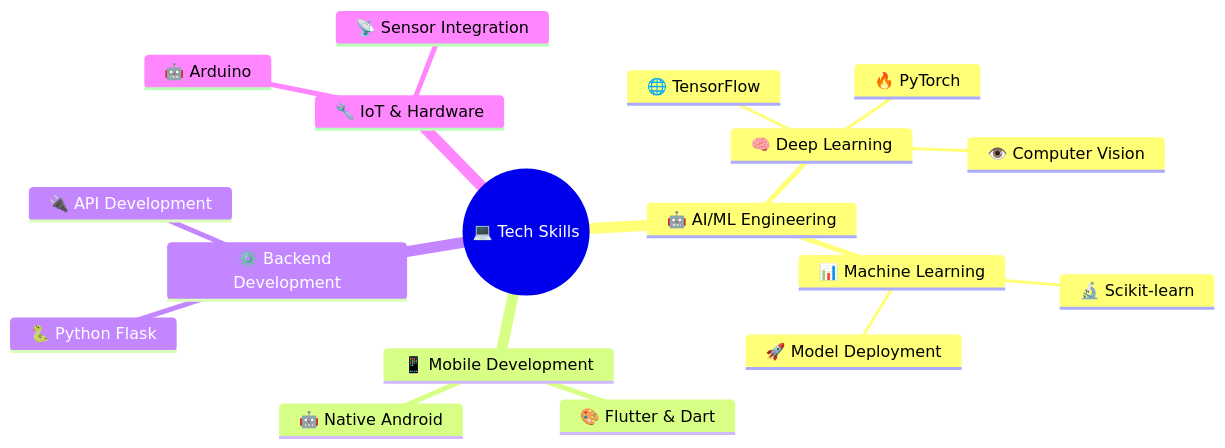
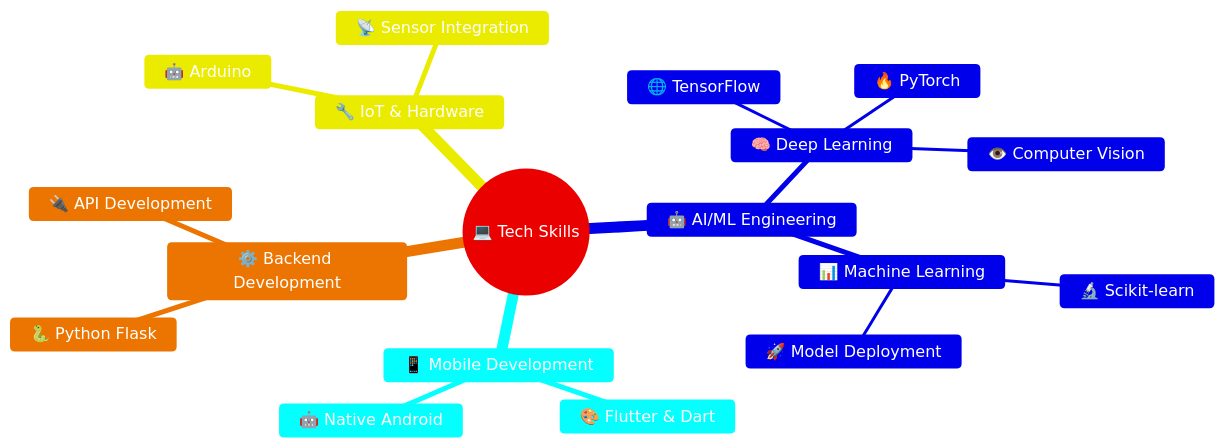
One commit to prabhjot0109/prabhjot0109 changed the diagram in README.md. Above: the diagram before and after it, drawn with Mermaid. The commit also changed other lines of this file and 1 other file, not shown here.

````diff
--- a/README.md
+++ b/README.md
@@ -52,21 +52,22 @@
 ```mermaid
+%%{init: {'theme':'base', 'themeVariables': {'primaryColor':'#ff6b6b', 'primaryTextColor':'#ffffff', 'primaryBorderColor':'#ff6b6b', 'lineColor':'#4ecdc4', 'background':'#0d1117', 'mainBkg':'#21262d', 'secondBkg':'#30363d'}}}%%
 mindmap
   root((💻 Tech Skills))
     🤖 AI/ML Engineering
       🧠 Deep Learning
         🔥 PyTorch
         🌐 TensorFlow
         👁️ Computer Vision
       📊 Machine Learning
         🔬 Scikit-learn
         🚀 Model Deployment
     📱 Mobile Development
       🎨 Flutter & Dart
       🤖 Native Android
     ⚙️ Backend Development
       🐍 Python Flask
       🔌 API Development
     🔧 IoT & Hardware
       🤖 Arduino
       📡 Sensor Integration
 ```
````
